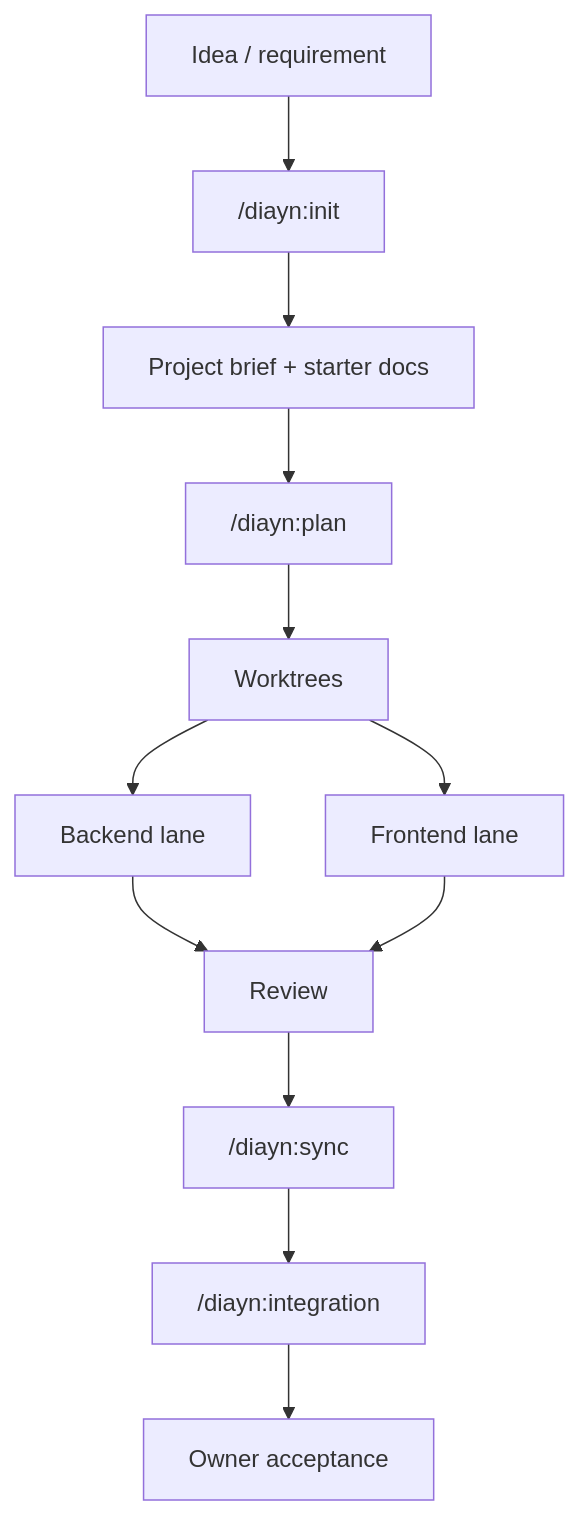
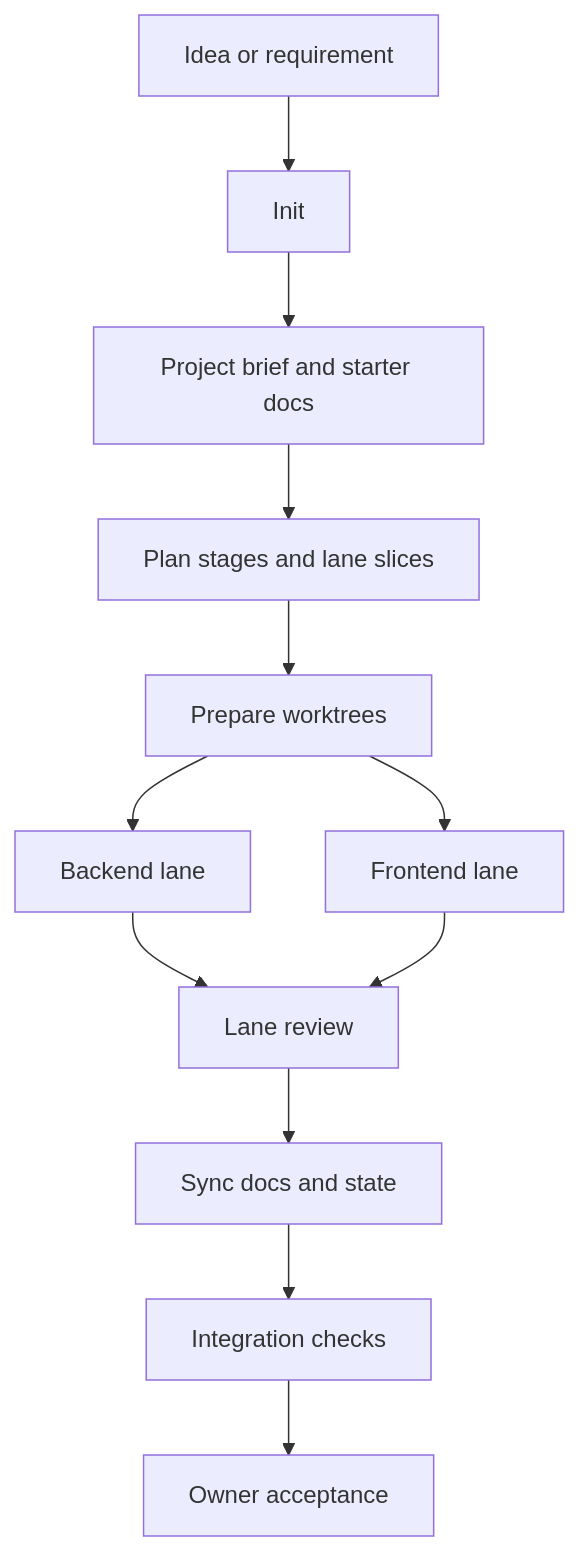
The first of 2 diagrams in README.md (ice268528/Docs-is-all-you-need), drawn with Mermaid before and after one commit. The commit also changed other lines of this file and 386 other files, not shown here.

````diff
--- a/README.md
+++ b/README.md
@@ -63,14 +79,14 @@
 ```mermaid
 flowchart TD
-  A["Idea / requirement"] --> B["/diayn:init"]
-  B --> C["Project brief + starter docs"]
-  C --> D["/diayn:plan"]
-  D --> E["Worktrees"]
+  A["Idea or requirement"] --> B["Init"]
+  B --> C["Project brief and starter docs"]
+  C --> D["Plan stages and lane slices"]
+  D --> E["Prepare worktrees"]
   E --> F["Backend lane"]
   E --> G["Frontend lane"]
-  F --> H["Review"]
+  F --> H["Lane review"]
   G --> H
-  H --> I["/diayn:sync"]
-  I --> J["/diayn:integration"]
+  H --> I["Sync docs and state"]
+  I --> J["Integration checks"]
   J --> K["Owner acceptance"]
 ```
````
